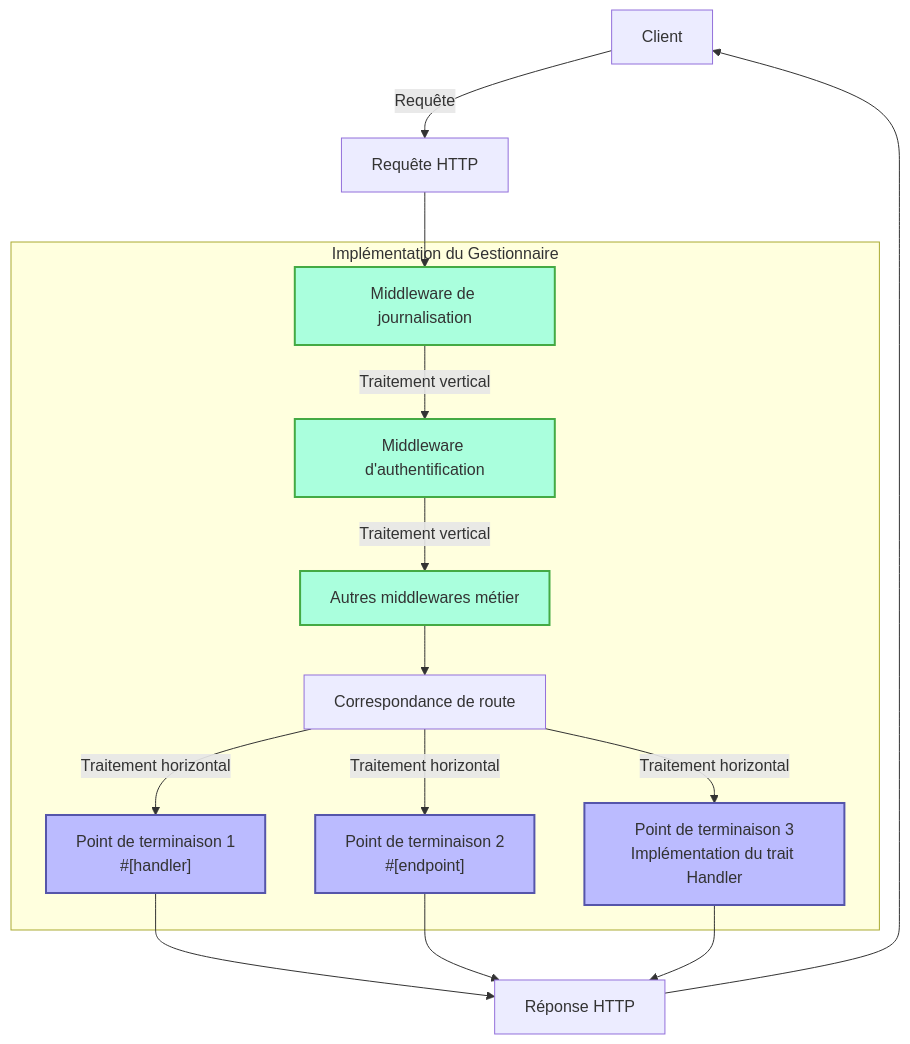
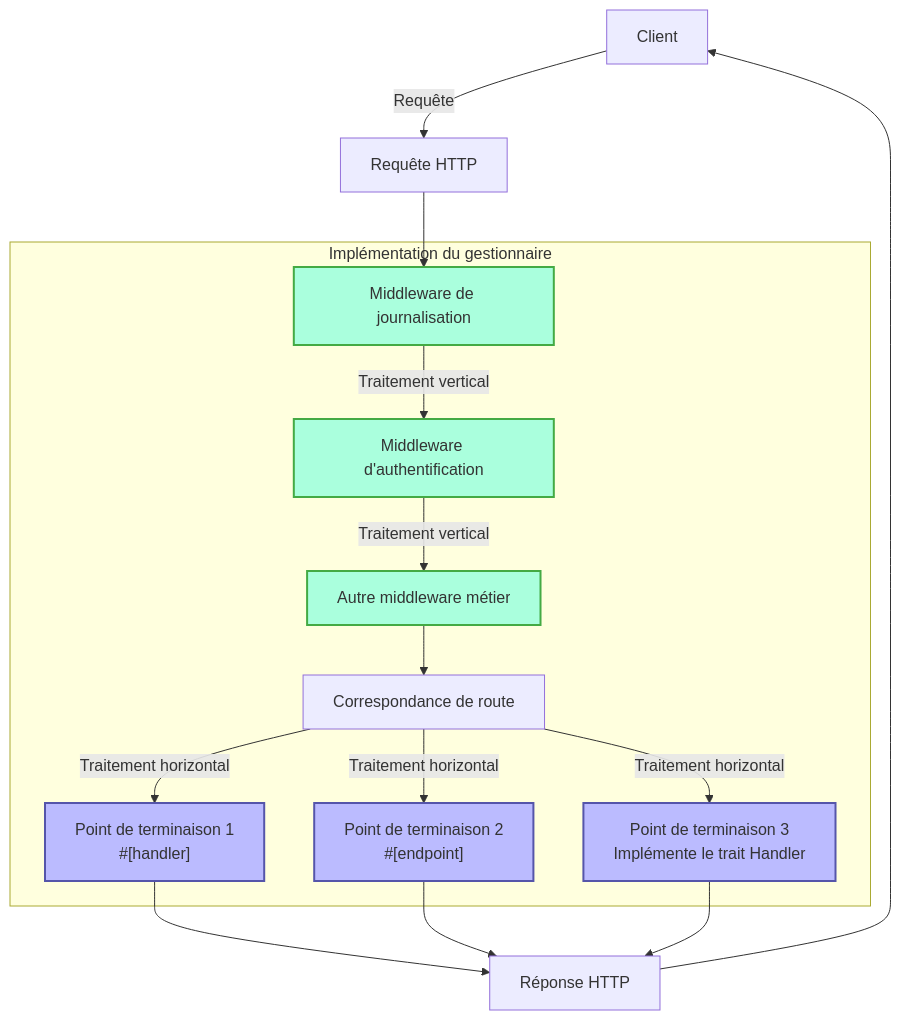
One commit to salvo-rs/website changed the first of 2 diagrams in docs/fr/guide/concepts/handler.mdx. Above: the diagram before and after it, drawn with Mermaid. The commit also changed other lines of this file and 326 other files, not shown here.

````diff
--- a/docs/fr/guide/concepts/handler.mdx
+++ b/docs/fr/guide/concepts/handler.mdx
@@ -15,25 +15,25 @@
 ```mermaid
 flowchart TD
     Client[Client] -->|Requête| Request[Requête HTTP]
     Request --> M1
 
-    subgraph "Implémentation du Gestionnaire"
-        M1[Middleware de journalisation] -->|Traitement vertical| M2[Middleware d'authentification] -->|Traitement vertical| M3[Autres middlewares métier]
+    subgraph "Implémentation du gestionnaire"
+        M1[Middleware de journalisation] -->|Traitement vertical| M2[Middleware d'authentification] -->|Traitement vertical| M3[Autre middleware métier]
         M3 --> Router[Correspondance de route]
 
         Router -->|Traitement horizontal| E1["Point de terminaison 1<br>#[handler]"]
         Router -->|Traitement horizontal| E2["Point de terminaison 2<br>#[endpoint]"]
-        Router -->|Traitement horizontal| E3["Point de terminaison 3<br>Implémentation du trait Handler"]
+        Router -->|Traitement horizontal| E3["Point de terminaison 3<br>Implémente le trait Handler"]
     end
 
     E1 --> Response[Réponse HTTP]
     E2 --> Response
     E3 --> Response
     Response --> Client
 
     classDef middleware fill:#afd,stroke:#4a4,stroke-width:2px;
     classDef endpoint fill:#bbf,stroke:#55a,stroke-width:2px;
 
     class M1,M2,M3 middleware;
     class E1,E2,E3 endpoint;
 ```
````
